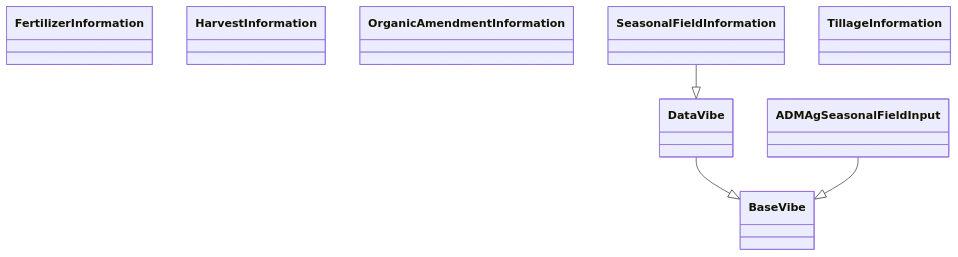
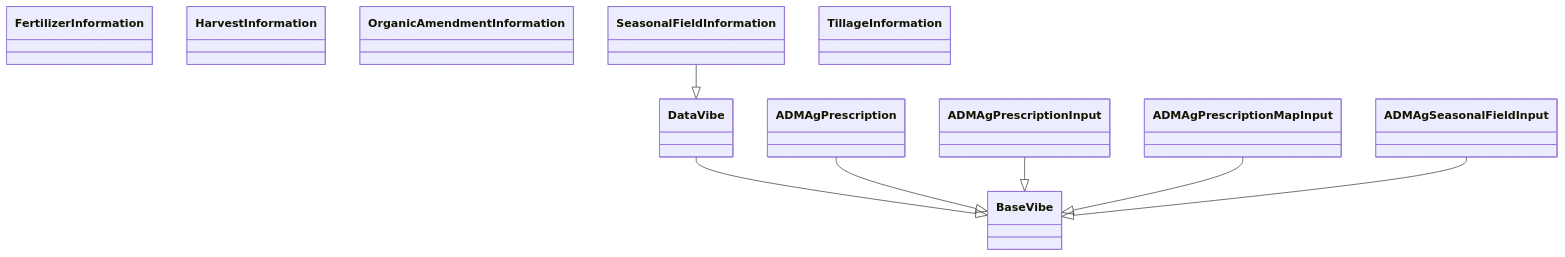
Before and after one commit to microsoft/farmvibes-ai: the diagram in docs/source/docfiles/markdown/data_types_diagram/farm_hierarchy.md, drawn with Mermaid. The commit also changed 152 other files, not shown here.

```diff
--- a/docs/source/docfiles/markdown/data_types_diagram/farm_hierarchy.md
+++ b/docs/source/docfiles/markdown/data_types_diagram/farm_hierarchy.md
@@ -2,25 +2,34 @@
 <div class="mermaid">
 
 classDiagram
   class BaseVibe {
   }
   class DataVibe {
+  }
+  class ADMAgPrescription {
+  }
+  class ADMAgPrescriptionInput {
+  }
+  class ADMAgPrescriptionMapInput {
   }
   class ADMAgSeasonalFieldInput {
   }
   class FertilizerInformation {
   }
   class HarvestInformation {
   }
   class OrganicAmendmentInformation {
   }
   class SeasonalFieldInformation {
   }
   class TillageInformation {
   }
   DataVibe --|> BaseVibe
+  ADMAgPrescription --|> BaseVibe
+  ADMAgPrescriptionInput --|> BaseVibe
+  ADMAgPrescriptionMapInput --|> BaseVibe
   ADMAgSeasonalFieldInput --|> BaseVibe
   SeasonalFieldInformation --|> DataVibe
 
 
 </div>
```
